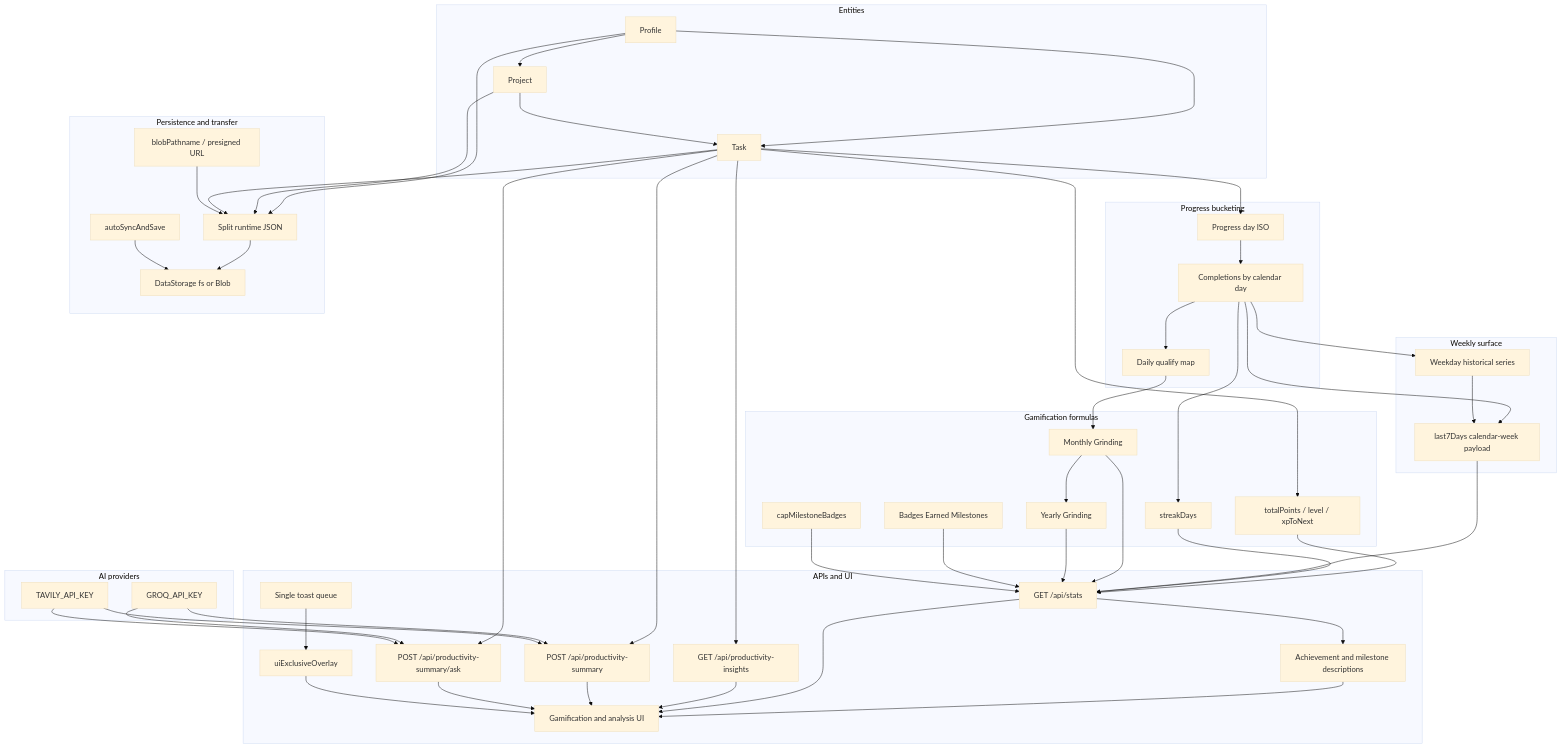
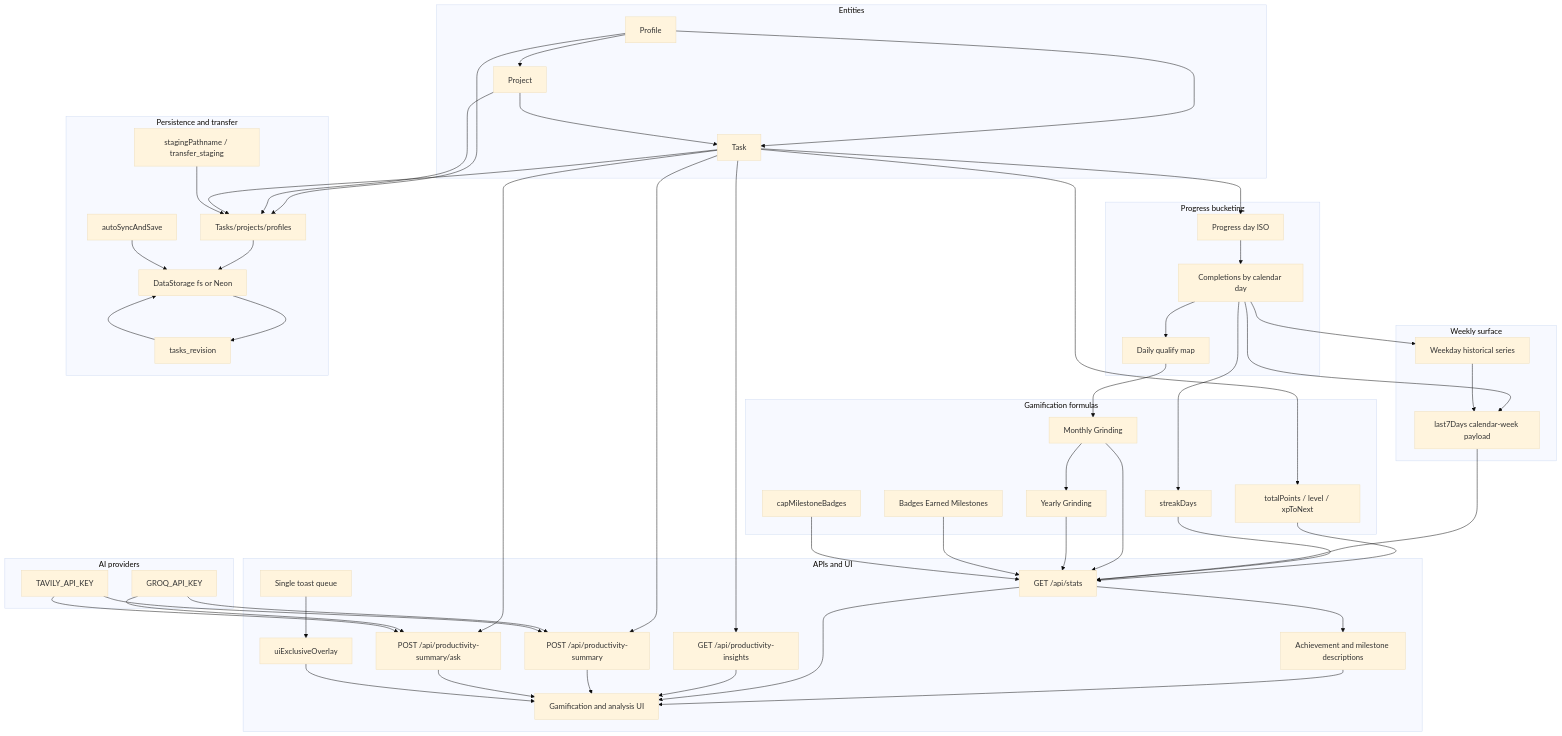
One commit to RifqiMT/focista-schedulo changed the diagram in docs/VARIABLES.md. Above: the diagram before and after it, drawn with Mermaid (base theme). The commit also changed other lines of this file and 49 other files, not shown here.

First line of the commit message:
feat: migrate production persistence from Vercel Blob to Neon Postgres

````diff
--- a/docs/VARIABLES.md
+++ b/docs/VARIABLES.md
@@ -54,9 +54,10 @@
   end
 
   subgraph Persistence and transfer
-    Runtime[Split runtime JSON]
-    Store[DataStorage fs or Blob]
-    BlobXfer[blobPathname / presigned URL]
+    Runtime[Tasks/projects/profiles]
+    Store[DataStorage fs or Neon]
+    Rev[tasks_revision]
+    Staging[stagingPathname / transfer_staging]
     Auto[autoSyncAndSave]
   end
 
@@ -99,6 +100,8 @@
   Project --> Runtime
   Task --> Runtime
   Runtime --> Store
-  BlobXfer --> Runtime
+  Store --> Rev
+  Rev --> Store
+  Staging --> Runtime
   Auto --> Store
 ```
````
